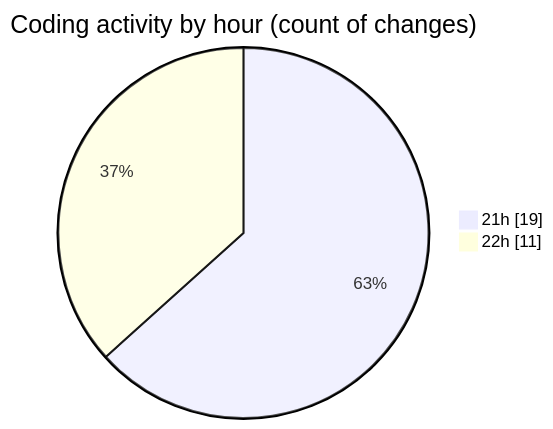
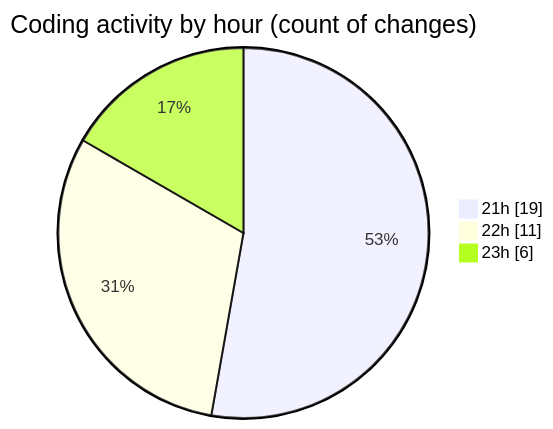
The second of 2 diagrams in 2025-01-14/github-activity-tracker/README.md (momahboobian/code-tracking), drawn with Mermaid before and after one commit. The commit also changed other lines of this file and 1 other file, not shown here.

````diff
--- a/2025-01-14/github-activity-tracker/README.md
+++ b/2025-01-14/github-activity-tracker/README.md
@@ -33,6 +33,7 @@
 ```mermaid
 pie showData
 title Coding activity by hour (count of changes)
 "21h" : 19
 "22h" : 11
+"23h" : 6
 ```
````
